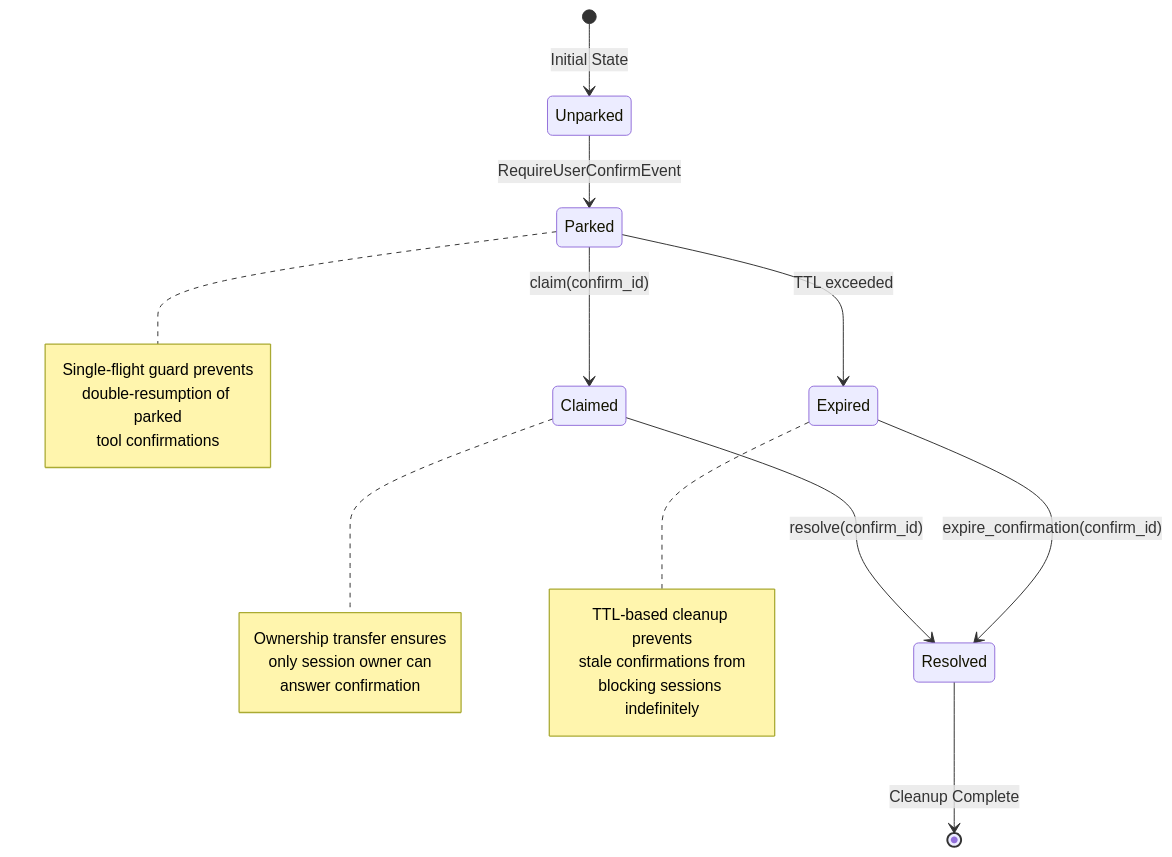
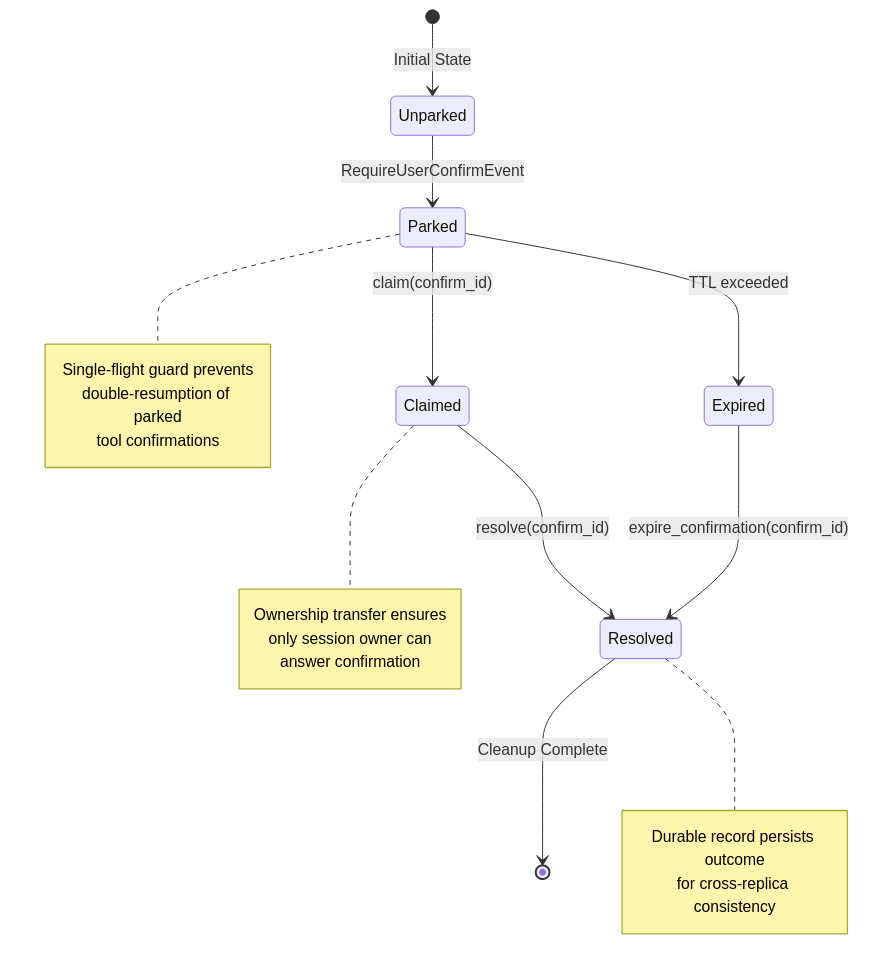
Before and after one commit to metasync/luban-aiops: diagram 19 of 32 in .qoder/repowiki/en/content/Agent Platform Service/Agent Platform Service.md, drawn with Mermaid. The commit also changed other lines of this file and 6 other files, not shown here.

````diff
--- a/.qoder/repowiki/en/content/Agent Platform Service/Agent Platform Service.md
+++ b/.qoder/repowiki/en/content/Agent Platform Service/Agent Platform Service.md
@@ -1061,25 +1189,24 @@
 ```mermaid
 stateDiagram-v2
 [*] --> Unparked : Initial State
 Unparked --> Parked : RequireUserConfirmEvent
 Parked --> Claimed : claim(confirm_id)
 Claimed --> Resolved : resolve(confirm_id)
 Parked --> Expired : TTL exceeded
 Expired --> Resolved : expire_confirmation(confirm_id)
 Resolved --> [*] : Cleanup Complete
 note right of Parked
 Single-flight guard prevents
 double-resumption of parked
 tool confirmations
 end note
 note right of Claimed
 Ownership transfer ensures
 only session owner can
 answer confirmation
 end note
-note right of Expired
-TTL-based cleanup prevents
-stale confirmations from
-blocking sessions indefinitely
+note right of Resolved
+Durable record persists outcome
+for cross-replica consistency
 end note
 ```
````
